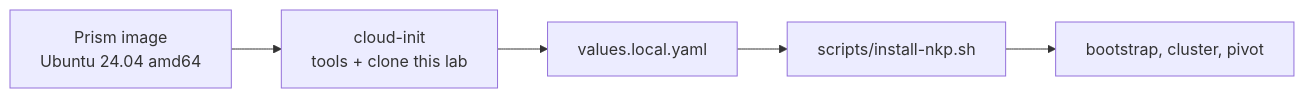
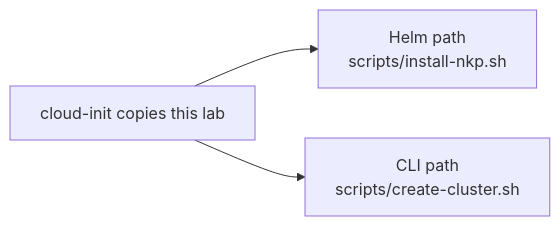
Before and after one commit to fernandoquinino-ntx/nkp-labs: the diagram in 12-bootstrap-machine/README.md, drawn with Mermaid. The commit also changed other lines of this file and 6 other files, not shown here.

First line of the commit message:
Add the nkp create cluster path next to the Helm installer.

````diff
--- a/12-bootstrap-machine/README.md
+++ b/12-bootstrap-machine/README.md
@@ -6,4 +6,5 @@
 ```mermaid
 flowchart LR
-  A["Prism image<br/>Ubuntu 24.04 amd64"] --> B["cloud-init<br/>tools + clone this lab"] --> C["values.local.yaml"] --> D["scripts/install-nkp.sh"] --> E["bootstrap, cluster, pivot"]
+  A["cloud-init copies this lab"] --> B["Helm path<br/>scripts/install-nkp.sh"]
+  A --> C["CLI path<br/>scripts/create-cluster.sh"]
 ```
````
